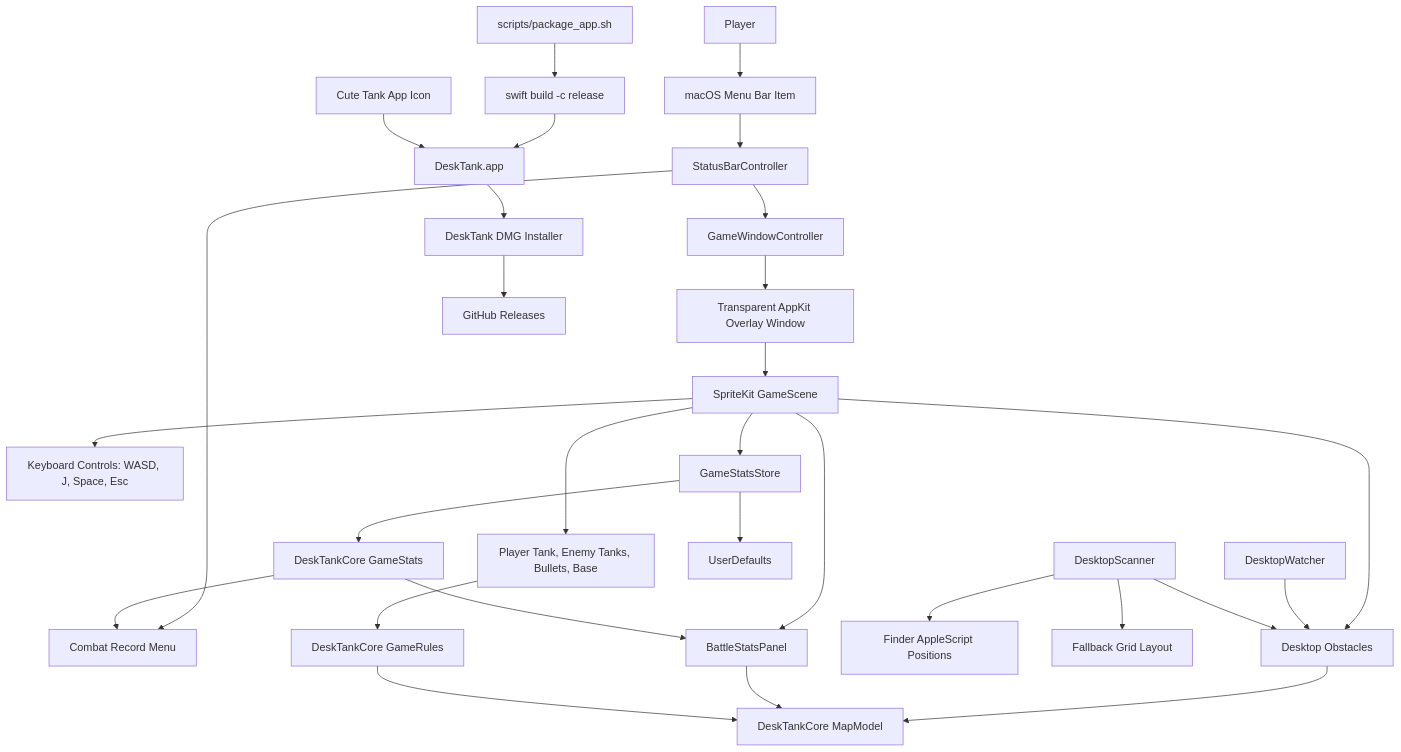
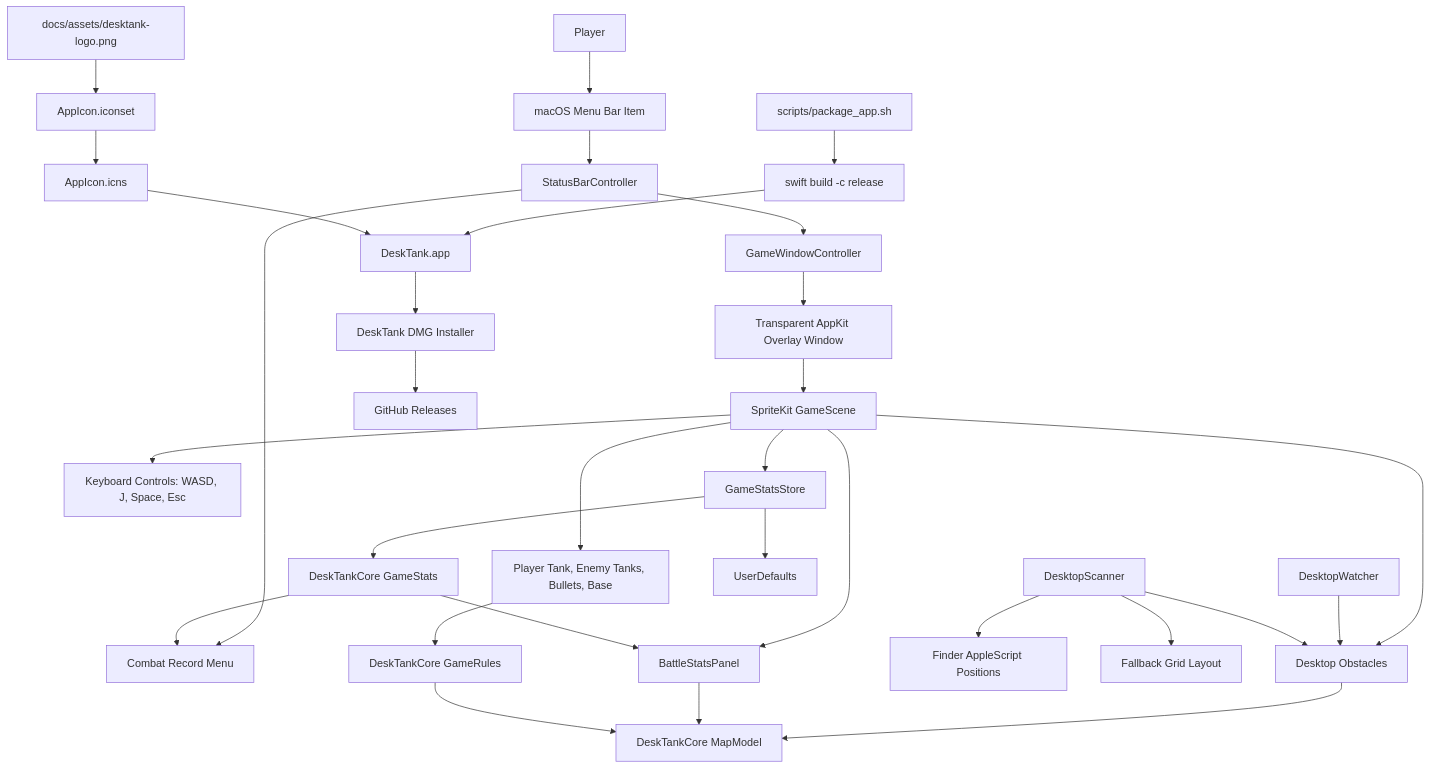
The diagram in README.md (ingeniousfrog/DeskTank), drawn with Mermaid before and after one commit. The commit also changed other lines of this file and 7 other files, not shown here.

````diff
--- a/README.md
+++ b/README.md
@@ -50,36 +81,38 @@
 ```mermaid
 flowchart TD
     User["Player"] --> StatusItem["macOS Menu Bar Item"]
     StatusItem --> StatusBarController["StatusBarController"]
     StatusBarController --> StatsMenu["Combat Record Menu"]
     StatusBarController --> GameWindowController["GameWindowController"]
     GameWindowController --> OverlayWindow["Transparent AppKit Overlay Window"]
     OverlayWindow --> GameScene["SpriteKit GameScene"]
 
     GameScene --> Controls["Keyboard Controls: WASD, J, Space, Esc"]
     GameScene --> BattlePanel["BattleStatsPanel"]
     GameScene --> Entities["Player Tank, Enemy Tanks, Bullets, Base"]
     GameScene --> DesktopLayer["Desktop Obstacles"]
 
     DesktopWatcher["DesktopWatcher"] --> DesktopLayer
     DesktopScanner["DesktopScanner"] --> DesktopLayer
     DesktopScanner --> Finder["Finder AppleScript Positions"]
     DesktopScanner --> FallbackGrid["Fallback Grid Layout"]
 
     DesktopLayer --> MapModel["DeskTankCore MapModel"]
     BattlePanel --> MapModel
     Entities --> GameRules["DeskTankCore GameRules"]
     GameRules --> MapModel
 
     GameScene --> GameStatsStore["GameStatsStore"]
     GameStatsStore --> UserDefaults["UserDefaults"]
     GameStatsStore --> GameStats["DeskTankCore GameStats"]
     GameStats --> StatsMenu
     GameStats --> BattlePanel
 
+    Logo["docs/assets/desktank-logo.png"] --> Iconset["AppIcon.iconset"]
+    Iconset --> AppIcon["AppIcon.icns"]
     Packaging["scripts/package_app.sh"] --> ReleaseBuild["swift build -c release"]
     ReleaseBuild --> AppBundle["DeskTank.app"]
-    AppIcon["Cute Tank App Icon"] --> AppBundle
+    AppIcon --> AppBundle
     AppBundle --> DMG["DeskTank DMG Installer"]
     DMG --> Releases["GitHub Releases"]
 ```
````
